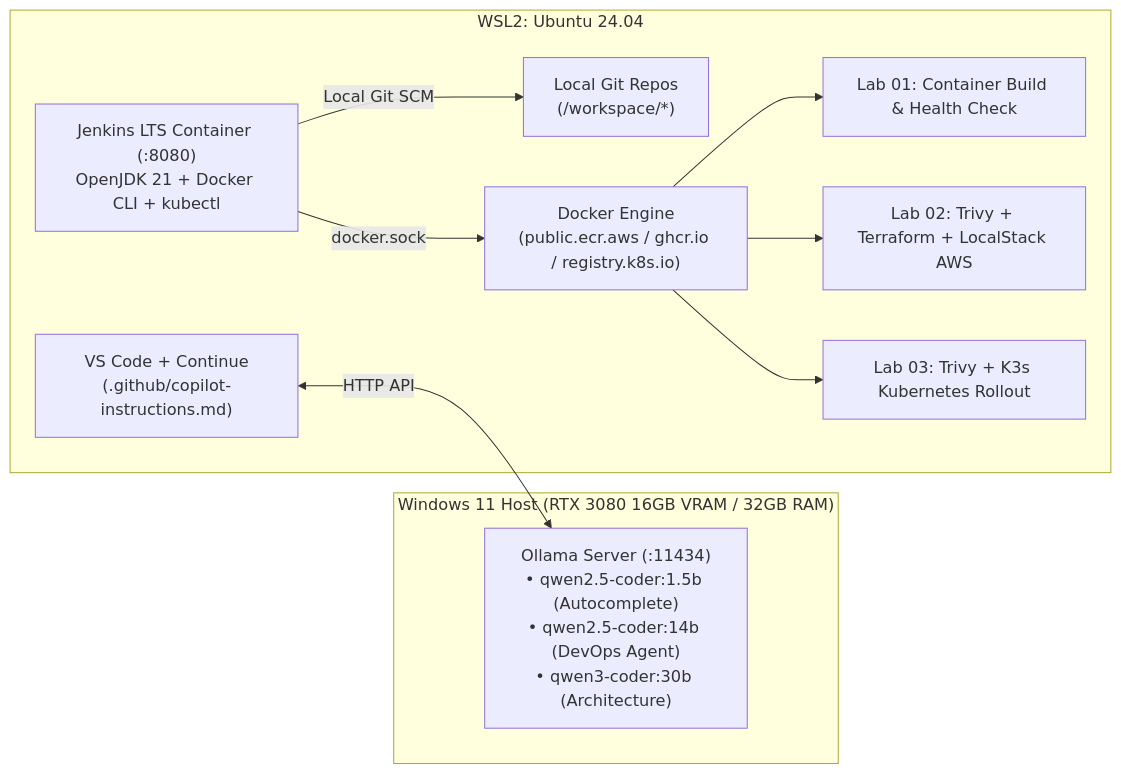
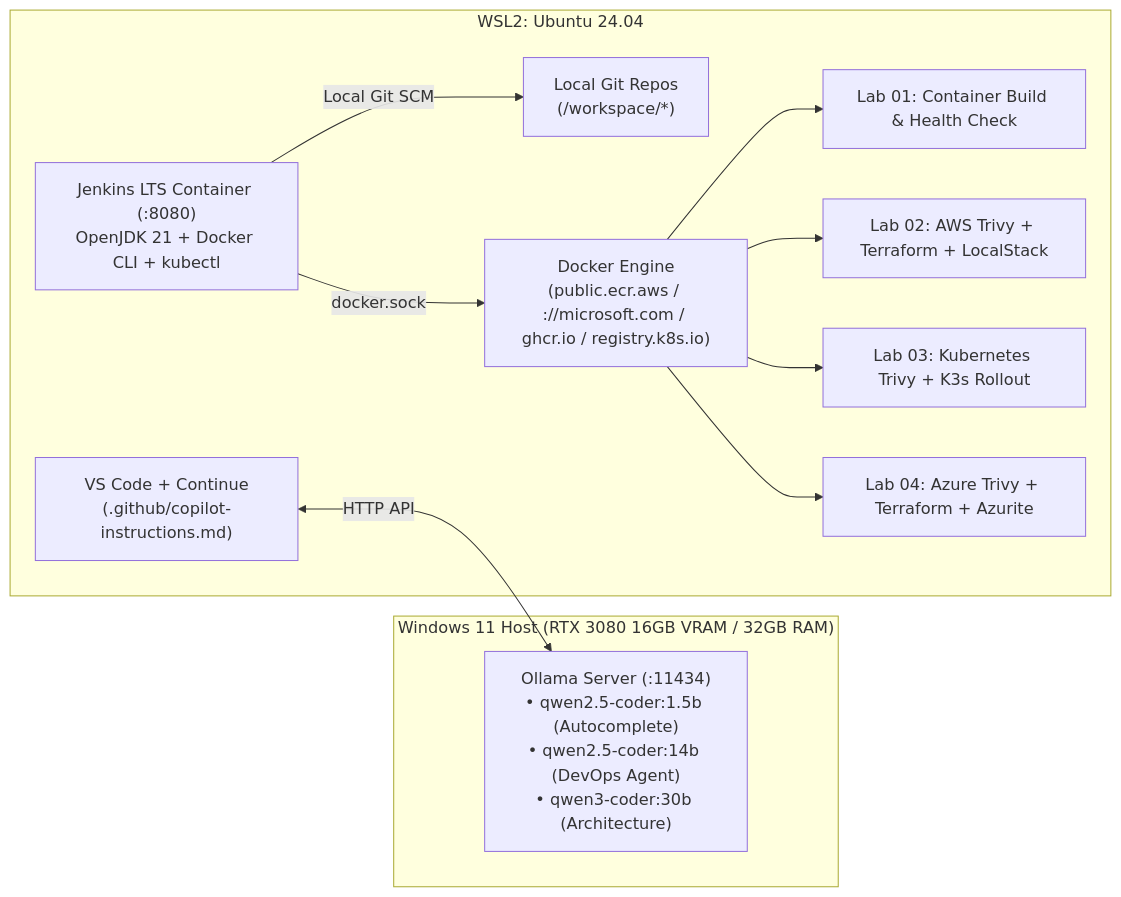
The diagram in README.md (moyagoub/local-ai-devops-workstation), drawn with Mermaid before and after one commit. The commit also changed other lines of this file, not shown here.

Commit message:
Update root README with Lab 04 (Azure Terraform + Azurite + Azure CLI)

````diff
--- a/README.md
+++ b/README.md
@@ -9,23 +9,25 @@
 ```mermaid
 flowchart LR
     subgraph Windows["Windows 11 Host (RTX 3080 16GB VRAM / 32GB RAM)"]
         Ollama["Ollama Server (:11434)<br/>• qwen2.5-coder:1.5b (Autocomplete)<br/>• qwen2.5-coder:14b (DevOps Agent)<br/>• qwen3-coder:30b (Architecture)"]
     end
 
     subgraph WSL["WSL2: Ubuntu 24.04"]
         VSCode["VS Code + Continue<br/>(.github/copilot-instructions.md)"]
         GitRepo["Local Git Repos<br/>(/workspace/*)"]
         Jenkins["Jenkins LTS Container (:8080)<br/>OpenJDK 21 + Docker CLI + kubectl"]
-        DockerEngine["Docker Engine<br/>(public.ecr.aws / ghcr.io / registry.k8s.io)"]
+        DockerEngine["Docker Engine<br/>(public.ecr.aws / ://microsoft.com / ghcr.io / registry.k8s.io)"]
         Lab01["Lab 01: Container Build & Health Check"]
-        Lab02["Lab 02: Trivy + Terraform + LocalStack AWS"]
-        Lab03["Lab 03: Trivy + K3s Kubernetes Rollout"]
+        Lab02["Lab 02: AWS Trivy + Terraform + LocalStack"]
+        Lab03["Lab 03: Kubernetes Trivy + K3s Rollout"]
+        Lab04["Lab 04: Azure Trivy + Terraform + Azurite"]
     end
 
     VSCode <-->|"HTTP API"| Ollama
     Jenkins -->|"Local Git SCM"| GitRepo
     Jenkins -->|"docker.sock"| DockerEngine
     DockerEngine --> Lab01
     DockerEngine --> Lab02
     DockerEngine --> Lab03
+    DockerEngine --> Lab04
 ```
````
